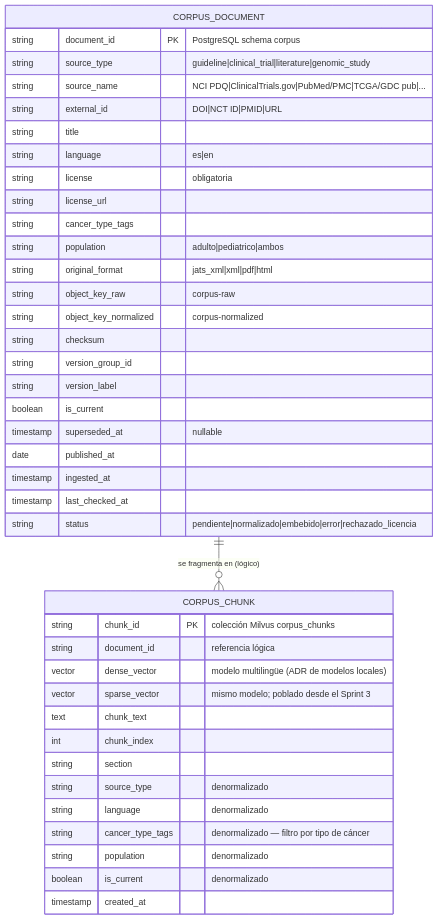
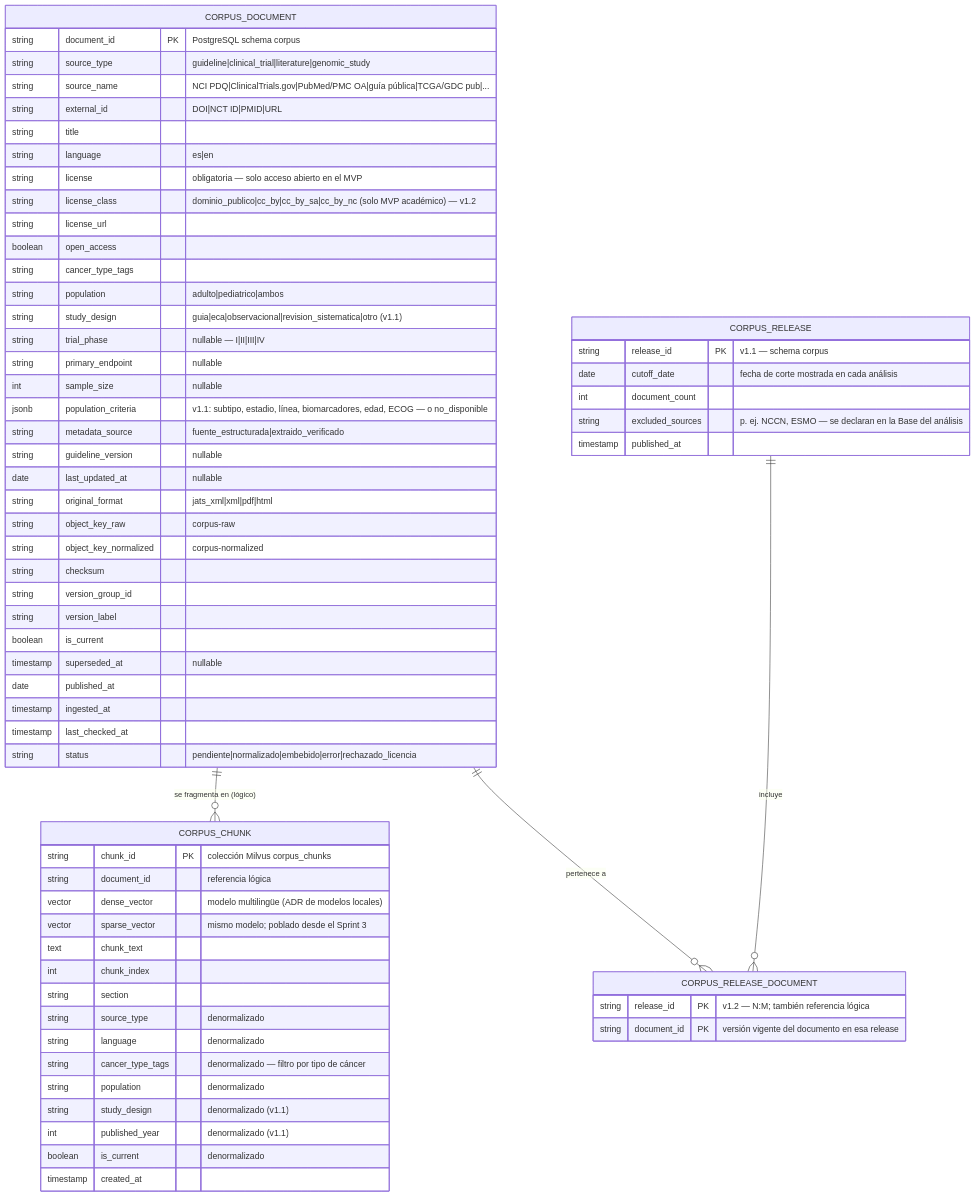
The seventh of 7 diagrams in readme.md (hatrickmario/OncoLens-Lab), drawn with Mermaid before and after one commit. The commit also changed other lines of this file and 14 other files, not shown here.

````diff
--- a/readme.md
+++ b/readme.md
@@ -842,43 +1004,68 @@
 ```mermaid
 erDiagram
     CORPUS_DOCUMENT {
         string document_id PK "PostgreSQL schema corpus"
         string source_type "guideline|clinical_trial|literature|genomic_study"
-        string source_name "NCI PDQ|ClinicalTrials.gov|PubMed/PMC|TCGA/GDC pub|..."
+        string source_name "NCI PDQ|ClinicalTrials.gov|PubMed/PMC OA|guía pública|TCGA/GDC pub|..."
         string external_id "DOI|NCT ID|PMID|URL"
         string title
         string language "es|en"
-        string license "obligatoria"
+        string license "obligatoria — solo acceso abierto en el MVP"
+        string license_class "dominio_publico|cc_by|cc_by_sa|cc_by_nc (solo MVP académico) — v1.2"
         string license_url
+        boolean open_access
         string cancer_type_tags
         string population "adulto|pediatrico|ambos"
+        string study_design "guia|eca|observacional|revision_sistematica|otro (v1.1)"
+        string trial_phase "nullable — I|II|III|IV"
+        string primary_endpoint "nullable"
+        int sample_size "nullable"
+        jsonb population_criteria "v1.1: subtipo, estadio, línea, biomarcadores, edad, ECOG — o no_disponible"
+        string metadata_source "fuente_estructurada|extraido_verificado"
+        string guideline_version "nullable"
+        date last_updated_at "nullable"
         string original_format "jats_xml|xml|pdf|html"
         string object_key_raw "corpus-raw"
         string object_key_normalized "corpus-normalized"
         string checksum
         string version_group_id
         string version_label
         boolean is_current
         timestamp superseded_at "nullable"
         date published_at
         timestamp ingested_at
         timestamp last_checked_at
         string status "pendiente|normalizado|embebido|error|rechazado_licencia"
     }
     CORPUS_CHUNK {
         string chunk_id PK "colección Milvus corpus_chunks"
         string document_id "referencia lógica"
         vector dense_vector "modelo multilingüe (ADR de modelos locales)"
         vector sparse_vector "mismo modelo; poblado desde el Sprint 3"
         text chunk_text
         int chunk_index
         string section
         string source_type "denormalizado"
         string language "denormalizado"
         string cancer_type_tags "denormalizado — filtro por tipo de cáncer"
         string population "denormalizado"
+        string study_design "denormalizado (v1.1)"
+        int published_year "denormalizado (v1.1)"
         boolean is_current "denormalizado"
         timestamp created_at
     }
+    CORPUS_RELEASE {
+        string release_id PK "v1.1 — schema corpus"
+        date cutoff_date "fecha de corte mostrada en cada análisis"
+        int document_count
+        string excluded_sources "p. ej. NCCN, ESMO — se declaran en la Base del análisis"
+        timestamp published_at
+    }
+    CORPUS_RELEASE_DOCUMENT {
+        string release_id PK "v1.2 — N:M; también referencia lógica"
+        string document_id PK "versión vigente del documento en esa release"
+    }
     CORPUS_DOCUMENT ||--o{ CORPUS_CHUNK : "se fragmenta en (lógico)"
+    CORPUS_RELEASE ||--o{ CORPUS_RELEASE_DOCUMENT : incluye
+    CORPUS_DOCUMENT ||--o{ CORPUS_RELEASE_DOCUMENT : "pertenece a"
 ```
````
